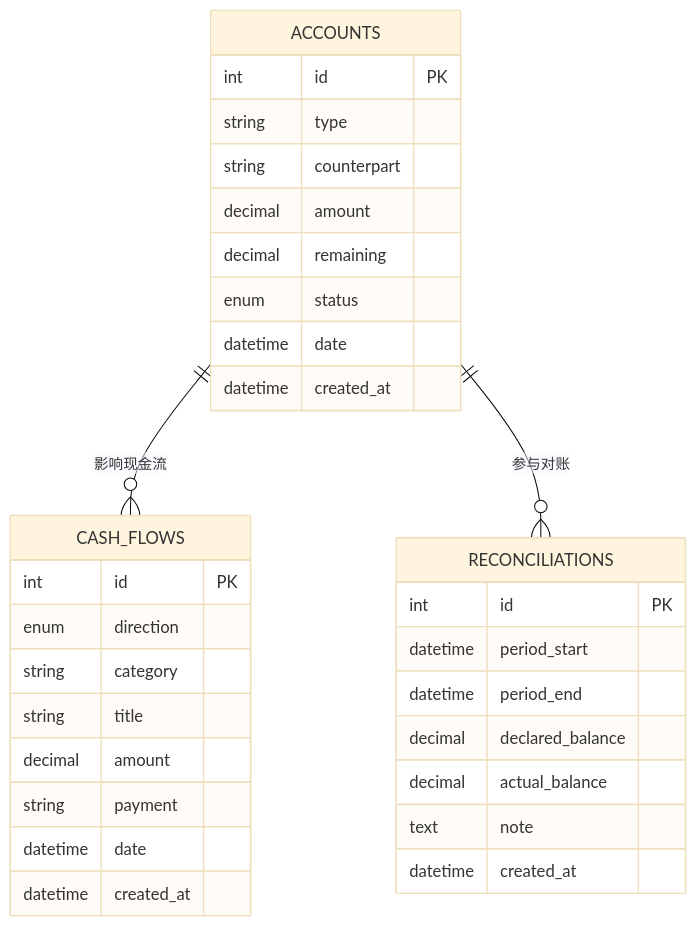
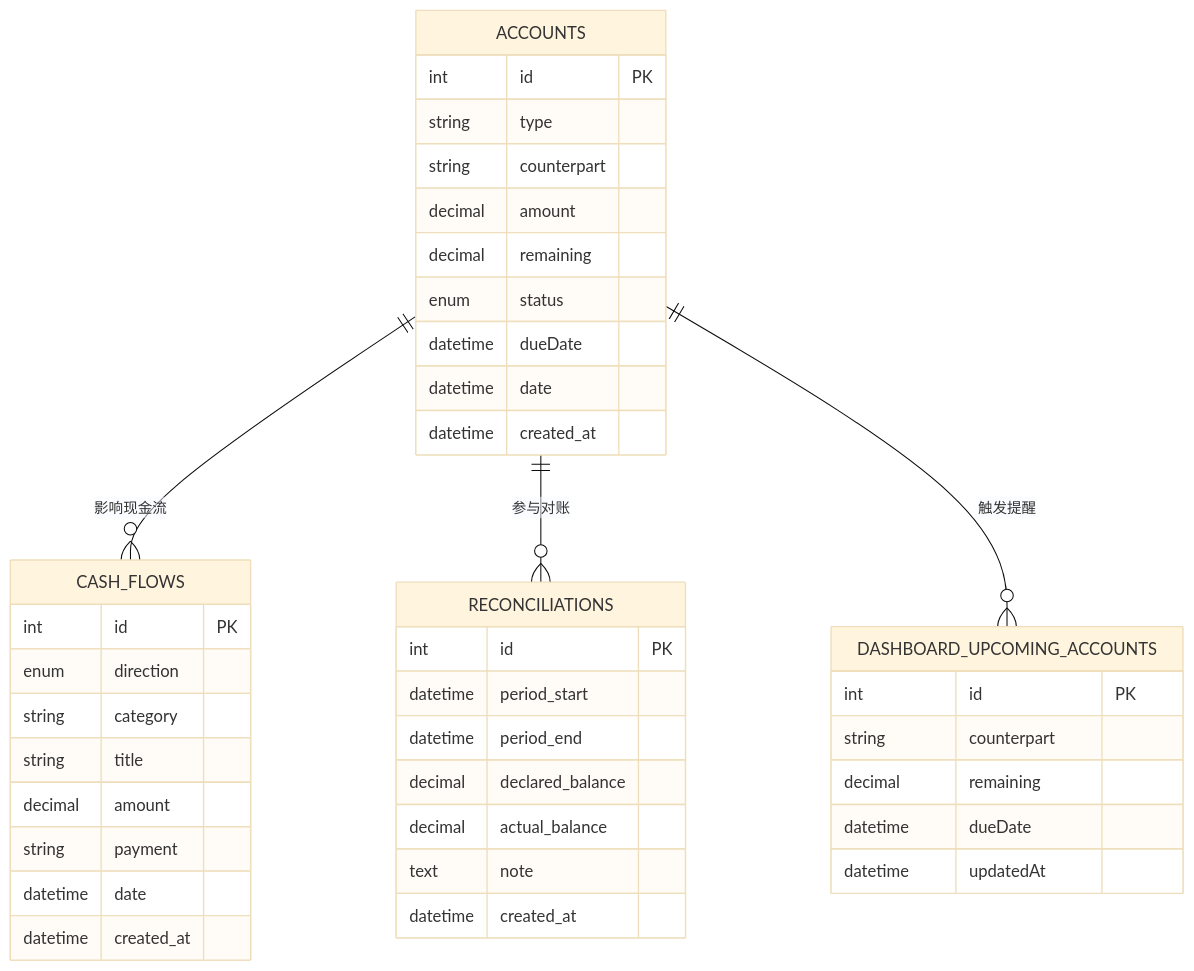
Before and after one commit to rc558620/purelyprofit-server: the seventh of 8 diagrams in .qoder/repowiki/zh/content/业务模块/财务管理模块/财务报表.md, drawn with Mermaid (base theme). The commit also changed other lines of this file and 65 other files, not shown here.

````diff
--- a/.qoder/repowiki/zh/content/业务模块/财务管理模块/财务报表.md
+++ b/.qoder/repowiki/zh/content/业务模块/财务管理模块/财务报表.md
@@ -295,34 +364,43 @@
 ```mermaid
 erDiagram
 ACCOUNTS {
 int id PK
 string type
 string counterpart
 decimal amount
 decimal remaining
 enum status
+datetime dueDate
 datetime date
 datetime created_at
 }
 CASH_FLOWS {
 int id PK
 enum direction
 string category
 string title
 decimal amount
 string payment
 datetime date
 datetime created_at
 }
 RECONCILIATIONS {
 int id PK
 datetime period_start
 datetime period_end
 decimal declared_balance
 decimal actual_balance
 text note
 datetime created_at
 }
+DASHBOARD_UPCOMING_ACCOUNTS {
+int id PK
+string counterpart
+decimal remaining
+datetime dueDate
+datetime updatedAt
+}
 ACCOUNTS ||--o{ CASH_FLOWS : "影响现金流"
 ACCOUNTS ||--o{ RECONCILIATIONS : "参与对账"
+ACCOUNTS ||--o{ DASHBOARD_UPCOMING_ACCOUNTS : "触发提醒"
 ```
````
